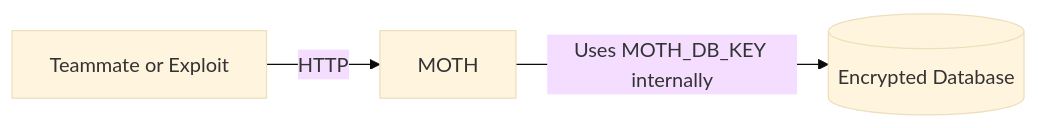
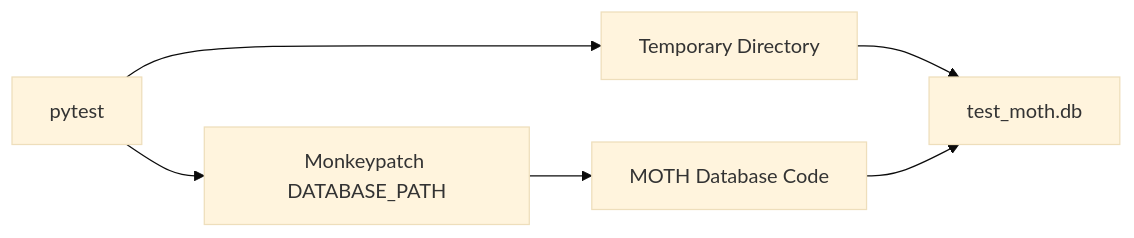
The ninth of 12 diagrams in README.md (Denis-Krueger-labs/MOTH), drawn with Mermaid (base theme) before and after one commit. The commit also changed other lines of this file and 2 other files, not shown here.

Commit message:
mof documented the nest and wired the flag path

````diff
--- a/README.md
+++ b/README.md
@@ -277,5 +664,9 @@
 ```mermaid
 flowchart LR
-    T[Teammate or Exploit] -->|HTTP| M[MOTH]
-    M -->|Uses MOTH_DB_KEY internally| D[(Encrypted Database)]
+    P[pytest] --> T[Temporary Directory]
+    T --> D[test_moth.db]
+
+    P --> M[Monkeypatch DATABASE_PATH]
+    M --> APP[MOTH Database Code]
+    APP --> D
 ```
````
